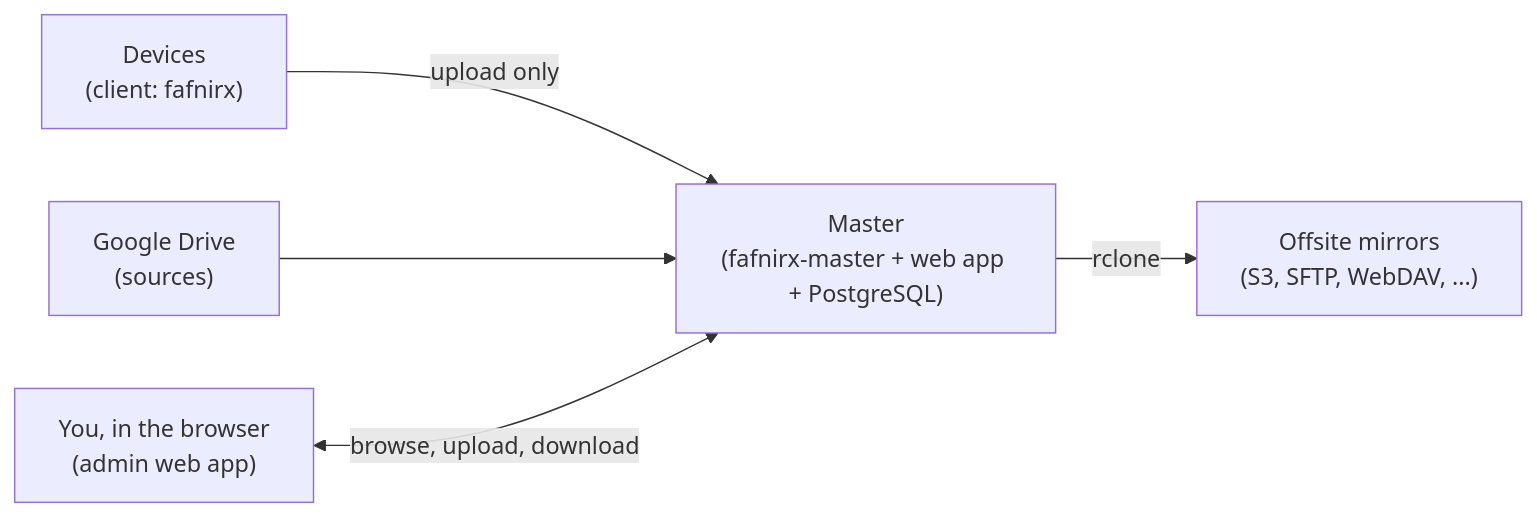
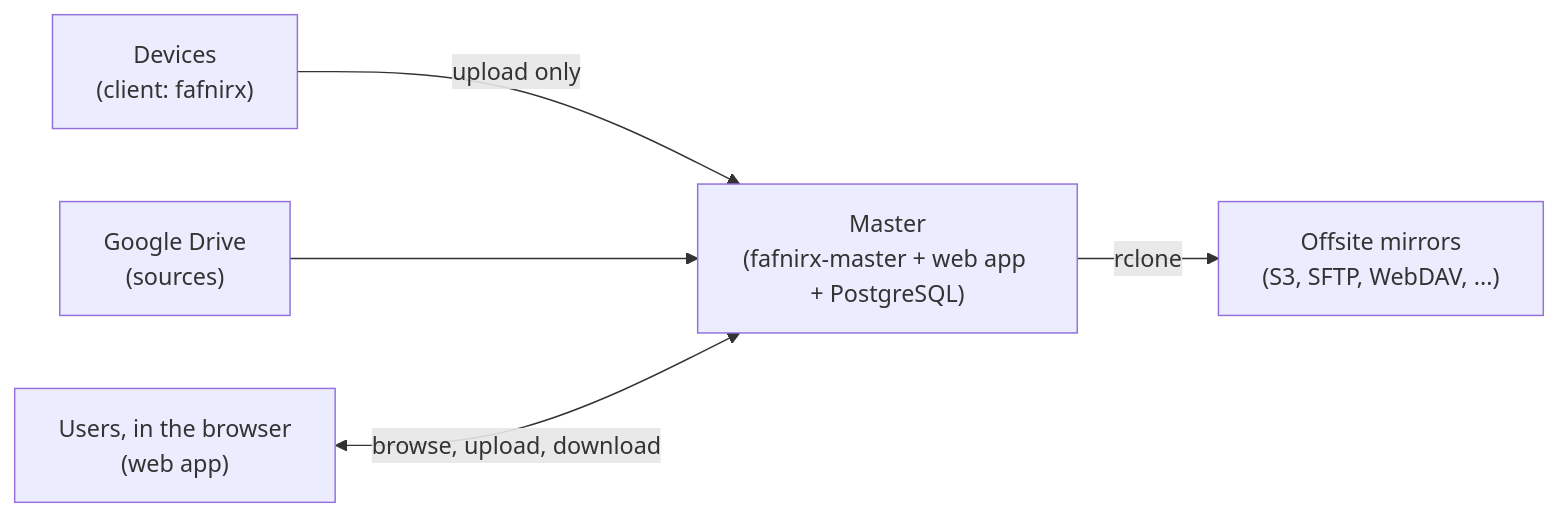
One commit to jameelhamdan/fafnirx changed the diagram in README.md. Above: the diagram before and after it, drawn with Mermaid. The commit also changed other lines of this file and 154 other files, not shown here.

````diff
--- a/README.md
+++ b/README.md
@@ -7,7 +7,7 @@
 ```mermaid
 flowchart LR
     D["Devices<br/>(client: fafnirx)"] -->|"upload only"| M["Master<br/>(fafnirx-master + web app + PostgreSQL)"]
     G["Google Drive<br/>(sources)"] --> M
-    U["You, in the browser<br/>(admin web app)"] <-->|"browse, upload, download"| M
+    U["Users, in the browser<br/>(web app)"] <-->|"browse, upload, download"| M
     M -->|"rclone"| O["Offsite mirrors<br/>(S3, SFTP, WebDAV, ...)"]
 ```
````
